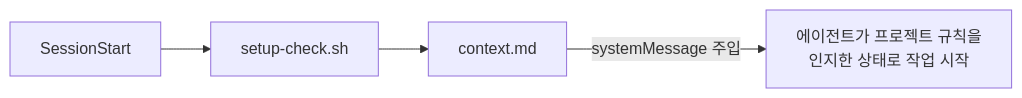
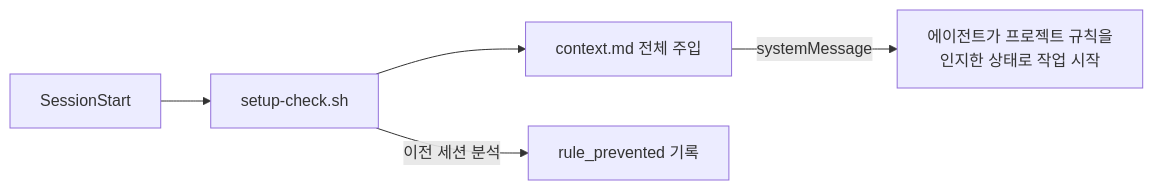
The first of 4 diagrams in README.md (Jimmy-Jung/ai-symbiote), drawn with Mermaid before and after one commit. The commit also changed other lines of this file and 1 other file, not shown here.

First line of the commit message:
docs: update README harness diagram + add AI startup strategy doc

````diff
--- a/README.md
+++ b/README.md
@@ -21,6 +21,7 @@
 ```mermaid
 flowchart LR
     A[SessionStart] --> B[setup-check.sh]
-    B --> C[context.md]
-    C -->|"systemMessage 주입"| D["에이전트가 프로젝트 규칙을<br/>인지한 상태로 작업 시작"]
+    B --> C["context.md 전체 주입"]
+    C -->|"systemMessage"| D["에이전트가 프로젝트 규칙을<br/>인지한 상태로 작업 시작"]
+    B -->|"이전 세션 분석"| E["rule_prevented 기록"]
 ```
````
